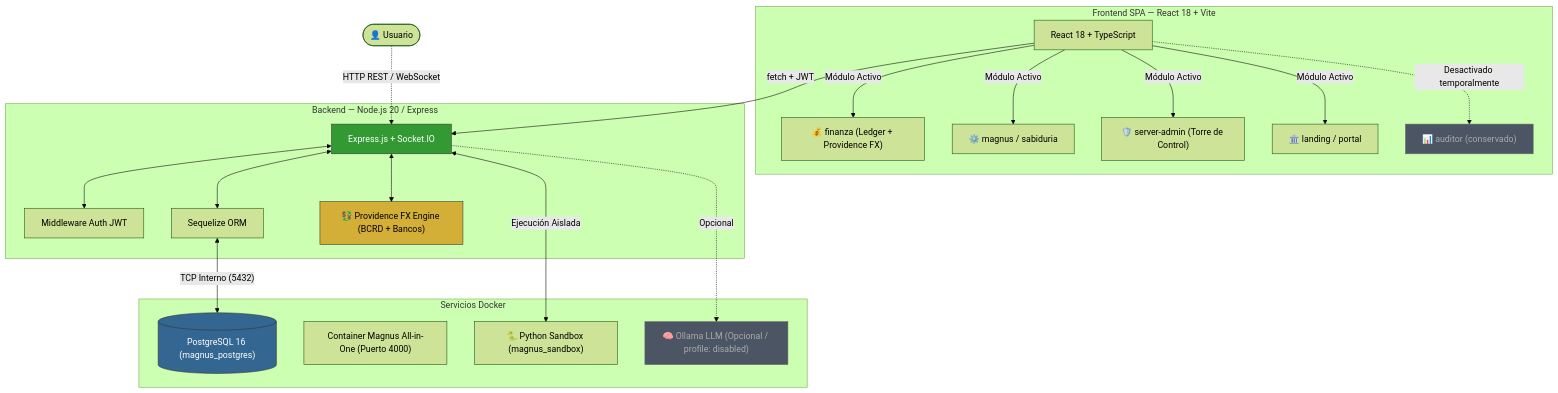
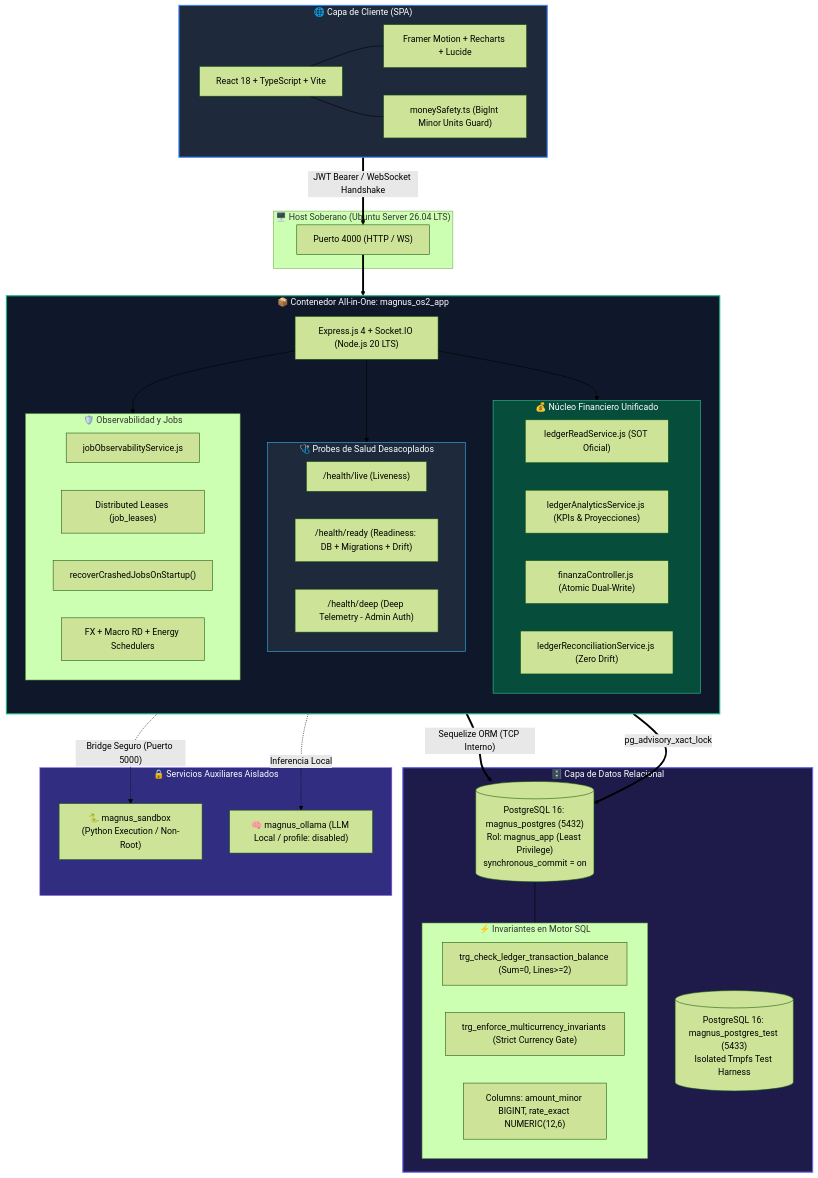
The first of 4 diagrams in README.md (YoxeLaunch/MagnusOS2), drawn with Mermaid (forest theme) before and after one commit. The commit also changed other lines of this file, not shown here.

Commit message:
docs(readme): elevate architecture documentation with Phase II diagrams, live metrics and resilience state

````diff
--- a/README.md
+++ b/README.md
@@ -93,41 +42,75 @@
 ```mermaid
-graph TD
-    User(["👤 Usuario"]) -.->|"HTTP REST / WebSocket"| Backend
-
-    subgraph "Frontend SPA — React 18 + Vite"
-        React["React 18 + TypeScript"]
-        React -->|"Módulo Activo"| Finanzas["💰 finanza (Ledger + Providence FX)"]
-        React -->|"Módulo Activo"| Magnus["⚙️ magnus / sabiduria"]
-        React -->|"Módulo Activo"| Admin["🛡️ server-admin (Torre de Control)"]
-        React -->|"Módulo Activo"| Landing["🏛️ landing / portal"]
-        React -.->|"Desactivado temporalmente"| Auditor["📊 auditor (conservado)"]
+graph TB
+    subgraph Client ["🌐 Capa de Cliente (SPA)"]
+        UI["React 18 + TypeScript + Vite"]
+        Framer["Framer Motion + Recharts + Lucide"]
+        Safety["moneySafety.ts (BigInt Minor Units Guard)"]
+        UI --- Framer
+        UI --- Safety
     end
 
-    subgraph "Backend — Node.js 20 / Express"
-        Backend["Express.js + Socket.IO"]
-        JWT["Middleware Auth JWT"]
-        ORM["Sequelize ORM"]
-        MarketEngine["💱 Providence FX Engine (BCRD + Bancos)"]
-        Backend <--> JWT
-        Backend <--> ORM
-        Backend <--> MarketEngine
+    subgraph Host ["🖥️ Host Soberano (Ubuntu Server 26.04 LTS)"]
+        Proxy["Puerto 4000 (HTTP / WS)"]
     end
 
-    subgraph "Servicios Docker"
-        DB[("PostgreSQL 16 (magnus_postgres)")]
-        AppCont["Container Magnus All-in-One (Puerto 4000)"]
-        Sandbox["🐍 Python Sandbox (magnus_sandbox)"]
-        Ollama["🧠 Ollama LLM (Opcional / profile: disabled)"]
+    subgraph AppContainer ["📦 Contenedor All-in-One: magnus_os2_app"]
+        direction TB
+        Server["Express.js 4 + Socket.IO (Node.js 20 LTS)"]
+        
+        subgraph Probes ["🩺 Probes de Salud Desacoplados"]
+            Live["/health/live (Liveness)"]
+            Ready["/health/ready (Readiness: DB + Migrations + Drift)"]
+            Deep["/health/deep (Deep Telemetry - Admin Auth)"]
+        end
+
+        subgraph CoreEngine ["💰 Núcleo Financiero Unificado"]
+            LedgerService["ledgerReadService.js (SOT Oficial)"]
+            AnalyticsService["ledgerAnalyticsService.js (KPIs & Proyecciones)"]
+            DualWrite["finanzaController.js (Atomic Dual-Write)"]
+            Reconciler["ledgerReconciliationService.js (Zero Drift)"]
+        end
+
+        subgraph Resilience ["🛡️ Observabilidad y Jobs"]
+            JobEngine["jobObservabilityService.js"]
+            LeaseLock["Distributed Leases (job_leases)"]
+            CrashRecovery["recoverCrashedJobsOnStartup()"]
+            Schedulers["FX + Macro RD + Energy Schedulers"]
+        end
+
+        Server --> Probes
+        Server --> CoreEngine
+        Server --> Resilience
     end
 
-    React -->|"fetch + JWT"| Backend
-    ORM <-->|"TCP Interno (5432)"| DB
-    Backend <-->|"Ejecución Aislada"| Sandbox
-    Backend -.->|"Opcional"| Ollama
+    subgraph DatabaseCluster ["🗄️ Capa de Datos Relacional"]
+        ProdDB[("PostgreSQL 16: magnus_postgres (5432)<br/>Rol: magnus_app (Least Privilege)<br/>synchronous_commit = on")]
+        TestDB[("PostgreSQL 16: magnus_postgres_test (5433)<br/>Isolated Tmpfs Test Harness")]
+        
+        subgraph Constraints ["⚡ Invariantes en Motor SQL"]
+            TrigBalance["trg_check_ledger_transaction_balance (Sum=0, Lines>=2)"]
+            TrigCurrency["trg_enforce_multicurrency_invariants (Strict Currency Gate)"]
+            ExactColumns["Columns: amount_minor BIGINT, rate_exact NUMERIC(12,6)"]
+        end
 
-    style Backend fill:#339933,stroke:#333,color:#fff
-    style DB fill:#336791,stroke:#333,color:#fff
-    style MarketEngine fill:#d4af37,stroke:#333,color:#000
-    style Ollama fill:#4b5563,stroke:#666,color:#aaa
-    style Auditor fill:#4b5563,stroke:#666,color:#aaa
+        ProdDB --- Constraints
+    end
+
+    subgraph IsolatedServices ["🔒 Servicios Auxiliares Aislados"]
+        Sandbox["🐍 magnus_sandbox (Python Execution / Non-Root)"]
+        Ollama["🧠 magnus_ollama (LLM Local / profile: disabled)"]
+    end
+
+    Client ==>|"JWT Bearer / WebSocket Handshake"| Proxy
+    Proxy ==> AppContainer
+    CoreEngine ==>|"Sequelize ORM (TCP Interno)"| ProdDB
+    Resilience ==>|"pg_advisory_xact_lock"| ProdDB
+    AppContainer -.->|"Bridge Seguro (Puerto 5000)"| Sandbox
+    AppContainer -.->|"Inferencia Local"| Ollama
+
+    style Client fill:#1e293b,stroke:#3b82f6,stroke-width:2px,color:#fff
+    style AppContainer fill:#0f172a,stroke:#10b981,stroke-width:2px,color:#fff
+    style DatabaseCluster fill:#1e1b4b,stroke:#6366f1,stroke-width:2px,color:#fff
+    style IsolatedServices fill:#312e81,stroke:#8b5cf6,stroke-width:1px,color:#fff
+    style CoreEngine fill:#064e3b,stroke:#34d399,stroke-width:1px,color:#fff
+    style Probes fill:#1e293b,stroke:#38bdf8,stroke-width:1px,color:#fff
 ```
````
